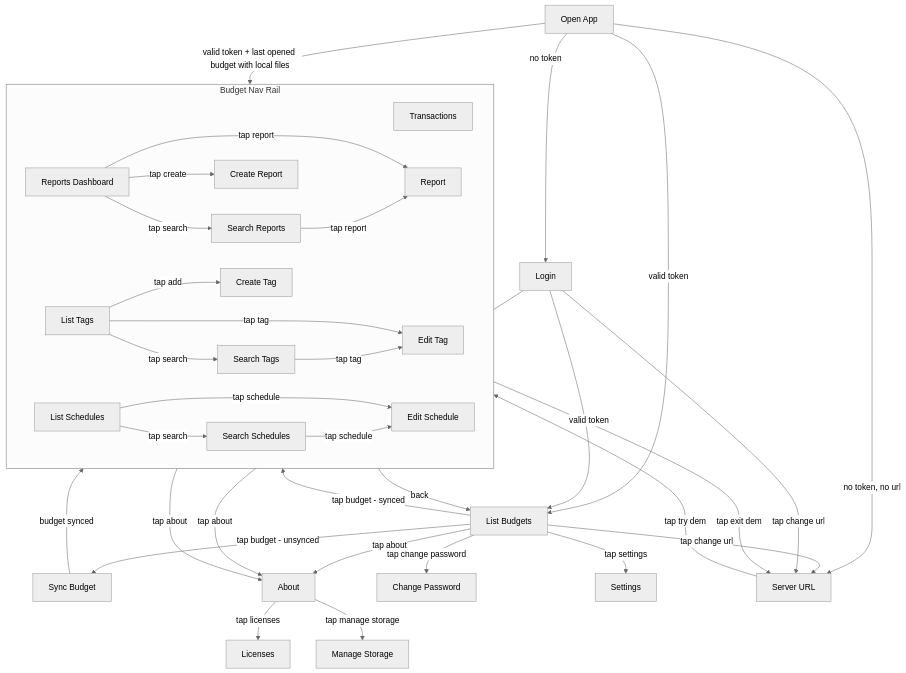
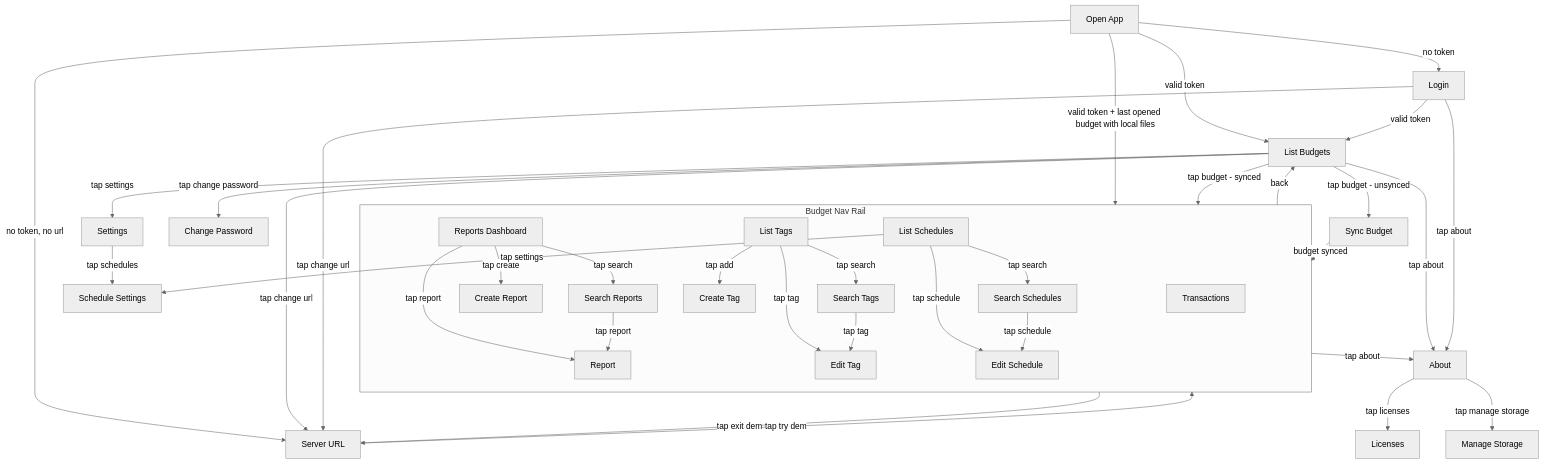
The diagram in aktual-app/nav/navgraph.mmd (jonapoul/aktual), drawn with Mermaid (neutral theme) before and after one commit. The commit also changed 29 other files, not shown here.

Commit message:
Add schedule settings screen (#1657)

```diff
--- a/aktual-app/nav/navgraph.mmd
+++ b/aktual-app/nav/navgraph.mmd
@@ -1,67 +1,71 @@
 flowchart TD
   app["Open App"]
   budgetList["List Budgets"]
   budgetSync["Sync Budget"]
   info["About"]
   licenses["Licenses"]
   login["Login"]
   manageStorage["Manage Storage"]
   password["Change Password"]
   settings["Settings"]
+  scheduleSettings["Schedule Settings"]
   url["Server URL"]
 
   subgraph budgetNavRail["Budget Nav Rail"]
     transactions["Transactions"]
     reportsDashboard["Reports Dashboard"]
     report["Report"]
     createReport["Create Report"]
     searchReports["Search Reports"]
     listTags["List Tags"]
     createTag["Create Tag"]
     editTag["Edit Tag"]
     searchTags["Search Tags"]
     listSchedules["List Schedules"]
     editSchedule["Edit Schedule"]
     searchSchedules["Search Schedules"]
   end
 
   app --valid token--> budgetList
   app --"valid token + last opened budget with local files"--> budgetNavRail
   app --no token--> login
   app --no token, no url--> url
 
   budgetList --tap budget - unsynced--> budgetSync
   budgetList --tap budget - synced--> budgetNavRail
   budgetList --tap change password--> password
   budgetList --tap settings--> settings
   budgetList --tap change url--> url
   budgetList --tap about--> info
 
+  settings --tap schedules--> scheduleSettings
+
   budgetSync --budget synced--> budgetNavRail
 
   info --tap licenses--> licenses
   info --tap manage storage--> manageStorage
 
   login --valid token--> budgetList
   login --tap about--> info
   login --tap change url--> url
 
   url --tap try demo--> budgetNavRail
 
   budgetNavRail --back--> budgetList
   budgetNavRail --tap exit demo--> url
   budgetNavRail --tap about--> info
 
   reportsDashboard --tap report--> report
   reportsDashboard --tap create--> createReport
   reportsDashboard --tap search--> searchReports
   searchReports --tap report--> report
 
   listTags --tap add--> createTag
   listTags --tap tag--> editTag
   listTags --tap search--> searchTags
   searchTags --tap tag--> editTag
 
   listSchedules --tap schedule--> editSchedule
   listSchedules --tap search--> searchSchedules
+  listSchedules --tap settings--> scheduleSettings
   searchSchedules --tap schedule--> editSchedule
```
